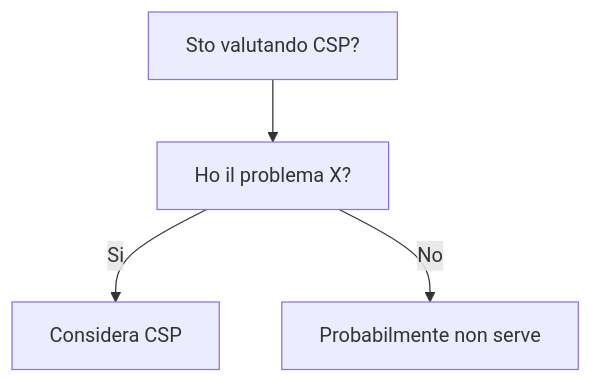
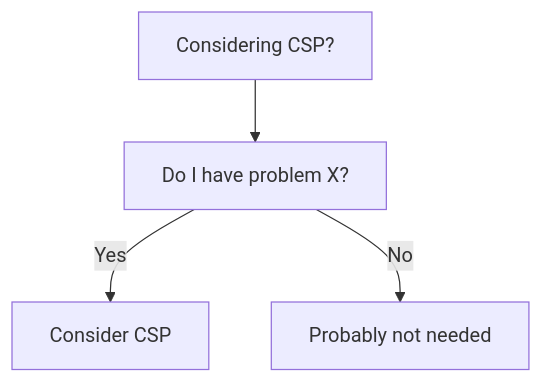
One commit to HxT9/Software-Dev-Wiki changed the diagram in dev-wiki/04_Concurrency/CSP/When_To_Use.md. Above: the diagram before and after it, drawn with Mermaid. The commit also changed other lines of this file and 3444 other files, not shown here.

````diff
--- a/dev-wiki/04_Concurrency/CSP/When_To_Use.md
+++ b/dev-wiki/04_Concurrency/CSP/When_To_Use.md
@@ -19,6 +19,6 @@
 ```mermaid
 flowchart TD
-  Q[Sto valutando CSP?] --> Q1[Ho il problema X?]
-  Q1 -->|Si| OK[Considera CSP]
-  Q1 -->|No| NO[Probabilmente non serve]
+  Q[Considering CSP?] --> Q1[Do I have problem X?]
+  Q1 -->|Yes| OK[Consider CSP]
+  Q1 -->|No| NO[Probably not needed]
 ```
````
